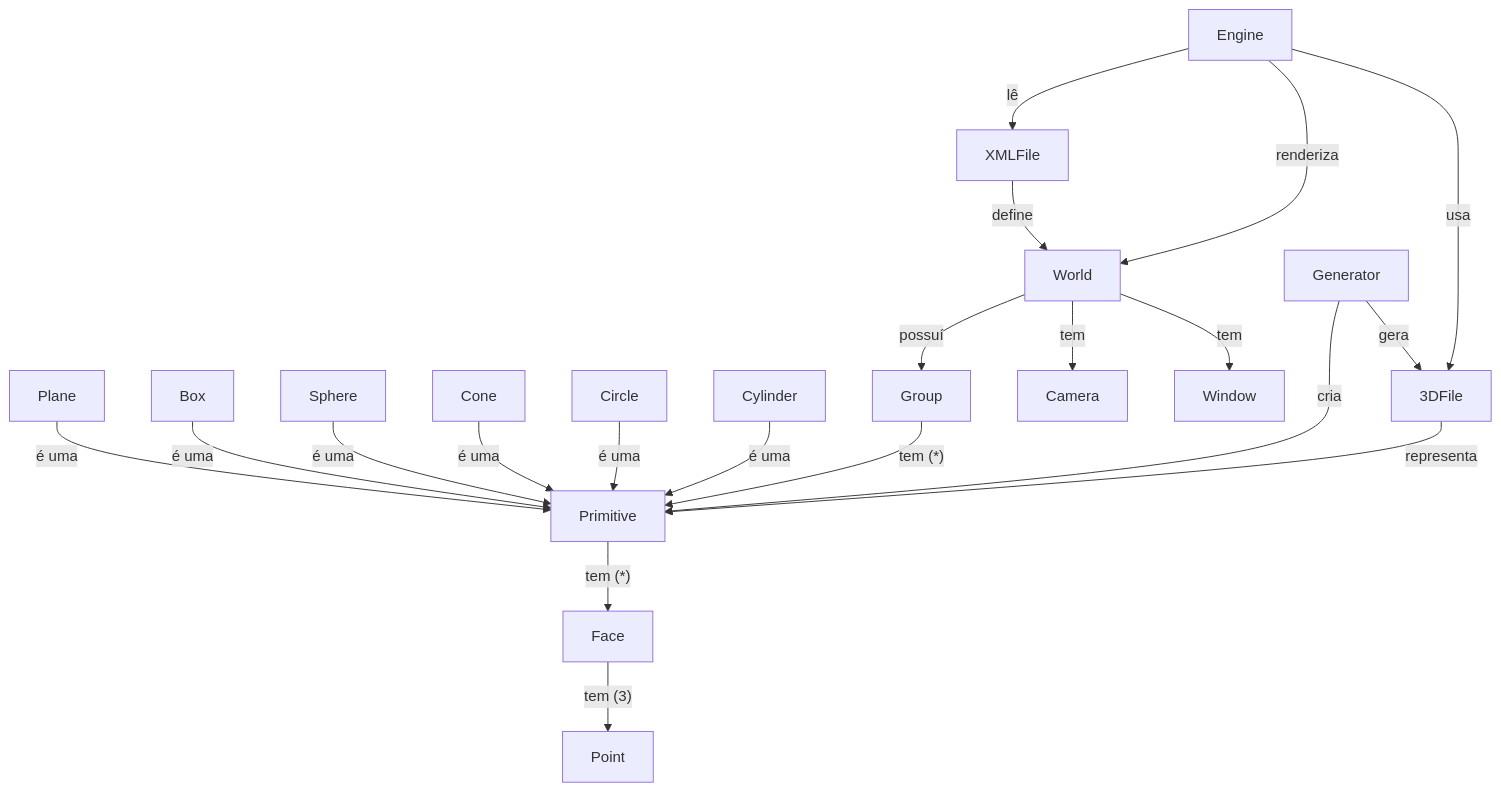
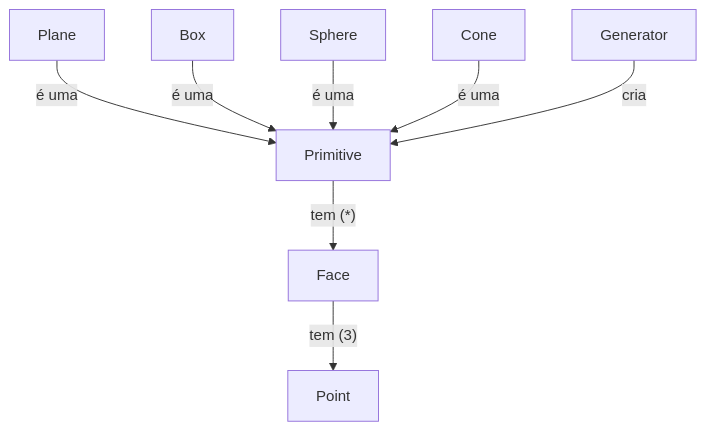
One commit to guinucool/ProjCompGrafica24UM changed the first of 3 diagrams in README.md. Above: the diagram before and after it, drawn with Mermaid. The commit also changed other lines of this file and 5 other files, not shown here.

````diff
--- a/README.md
+++ b/README.md
@@ -181,22 +181,10 @@
 ```mermaid
 graph TD
     Primitive-- tem (*) -->Face
     Face-- tem (3) -->Point
     Plane-- é uma -->Primitive
     Box-- é uma -->Primitive
     Sphere-- é uma -->Primitive
     Cone-- é uma -->Primitive
-    Circle-- é uma -->Primitive
-    Cylinder-- é uma -->Primitive
-    Group-- tem (*) -->Primitive
-    World-- possuí -->Group
-    World-- tem -->Camera
-    World-- tem -->Window
-    Engine-- lê -->XMLFile
-    XMLFile-- define -->World
-    Engine-- renderiza -->World
     Generator-- cria -->Primitive
-    Generator-- gera -->3DFile
-    3DFile-- representa -->Primitive
-    Engine-- usa -->3DFile
 ```
````
